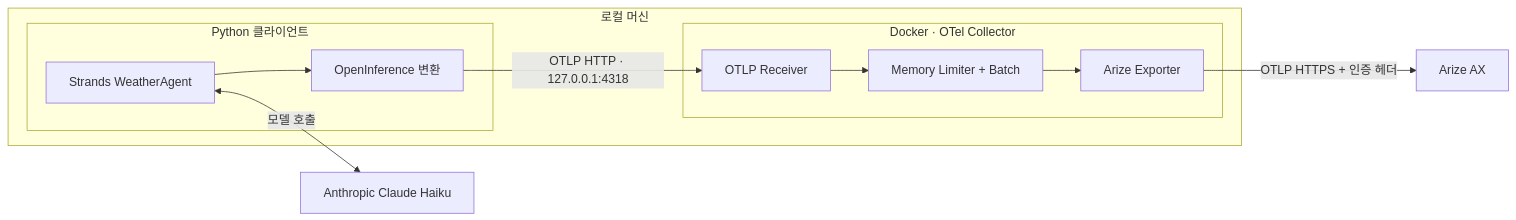
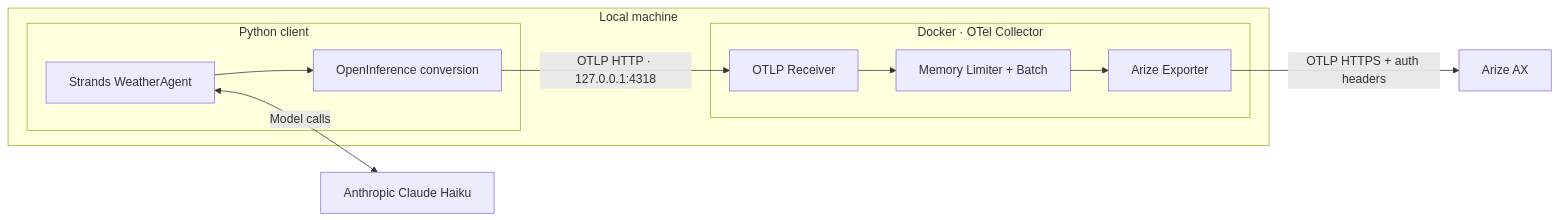
The diagram in README.md (seanlee10/arize-strand-via-otel), drawn with Mermaid before and after one commit. The commit also changed other lines of this file, not shown here.

````diff
--- a/README.md
+++ b/README.md
@@ -11,17 +11,17 @@
 ```mermaid
 flowchart LR
-    subgraph Local["로컬 머신"]
-        subgraph Python["Python 클라이언트"]
+    subgraph Local["Local machine"]
+        subgraph Python["Python client"]
             Agent["Strands WeatherAgent"]
-            OI["OpenInference 변환"]
+            OI["OpenInference conversion"]
             Agent --> OI
         end
         subgraph Docker["Docker · OTel Collector"]
             Receiver["OTLP Receiver"] --> Processors["Memory Limiter + Batch"]
             Processors --> Exporter["Arize Exporter"]
         end
         OI -->|"OTLP HTTP · 127.0.0.1:4318"| Receiver
     end
-    Agent <-->|"모델 호출"| Claude["Anthropic Claude Haiku"]
-    Exporter -->|"OTLP HTTPS + 인증 헤더"| Arize["Arize AX"]
+    Agent <-->|"Model calls"| Claude["Anthropic Claude Haiku"]
+    Exporter -->|"OTLP HTTPS + auth headers"| Arize["Arize AX"]
 ```
````
